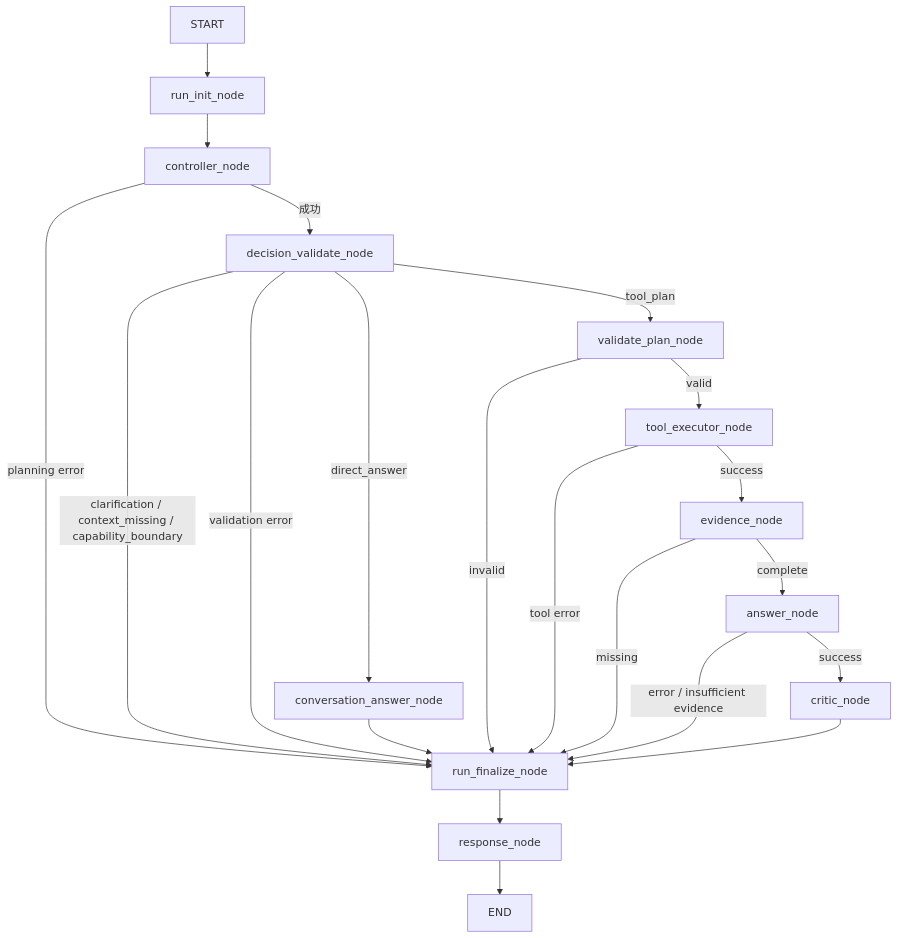
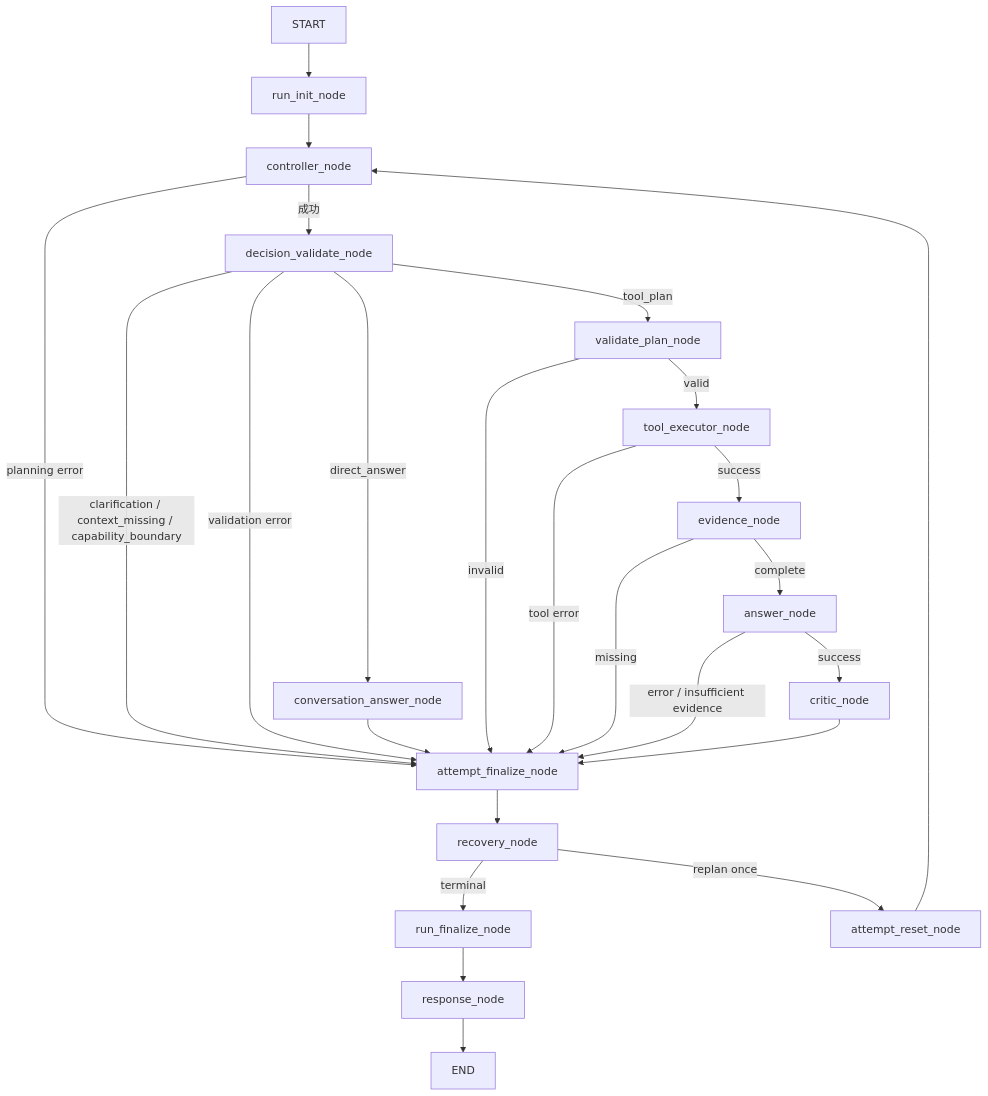
Before and after one commit to Philip23333/DotaMind: the second of 5 diagrams in docs/design/architecture/整体架构.md, drawn with Mermaid. The commit also changed other lines of this file and 40 other files, not shown here.

First line of the commit message:
feat(agentic): V3.2-3 有界缺证 Recovery/Replan

````diff
--- a/docs/design/architecture/整体架构.md
+++ b/docs/design/architecture/整体架构.md
@@ -53,28 +57,32 @@
 ```mermaid
 flowchart TD
     Start["START"] --> RunInit["run_init_node"]
     RunInit --> Controller["controller_node"]
 
     Controller -->|"成功"| DecisionValidate["decision_validate_node"]
-    Controller -->|"planning error"| RunFinalize["run_finalize_node"]
+    Controller -->|"planning error"| AttemptFinalize["attempt_finalize_node"]
 
     DecisionValidate -->|"direct_answer"| Conversation["conversation_answer_node"]
     DecisionValidate -->|"tool_plan"| Validate["validate_plan_node"]
-    DecisionValidate -->|"clarification / context_missing / capability_boundary"| RunFinalize
-    DecisionValidate -->|"validation error"| RunFinalize
+    DecisionValidate -->|"clarification / context_missing / capability_boundary"| AttemptFinalize
+    DecisionValidate -->|"validation error"| AttemptFinalize
 
-    Conversation --> RunFinalize
+    Conversation --> AttemptFinalize
     Validate -->|"valid"| Tools["tool_executor_node"]
-    Validate -->|"invalid"| RunFinalize
+    Validate -->|"invalid"| AttemptFinalize
 
     Tools -->|"success"| Evidence["evidence_node"]
-    Tools -->|"tool error"| RunFinalize
+    Tools -->|"tool error"| AttemptFinalize
     Evidence -->|"complete"| Answer["answer_node"]
-    Evidence -->|"missing"| RunFinalize
+    Evidence -->|"missing"| AttemptFinalize
     Answer -->|"success"| Critic["critic_node"]
-    Answer -->|"error / insufficient evidence"| RunFinalize
-    Critic --> RunFinalize
+    Answer -->|"error / insufficient evidence"| AttemptFinalize
+    Critic --> AttemptFinalize
 
+    AttemptFinalize --> Recovery["recovery_node"]
+    Recovery -->|"terminal"| RunFinalize["run_finalize_node"]
+    Recovery -->|"replan once"| AttemptReset["attempt_reset_node"]
+    AttemptReset --> Controller
     RunFinalize --> Response["response_node"]
     Response --> End["END"]
 ```
````
